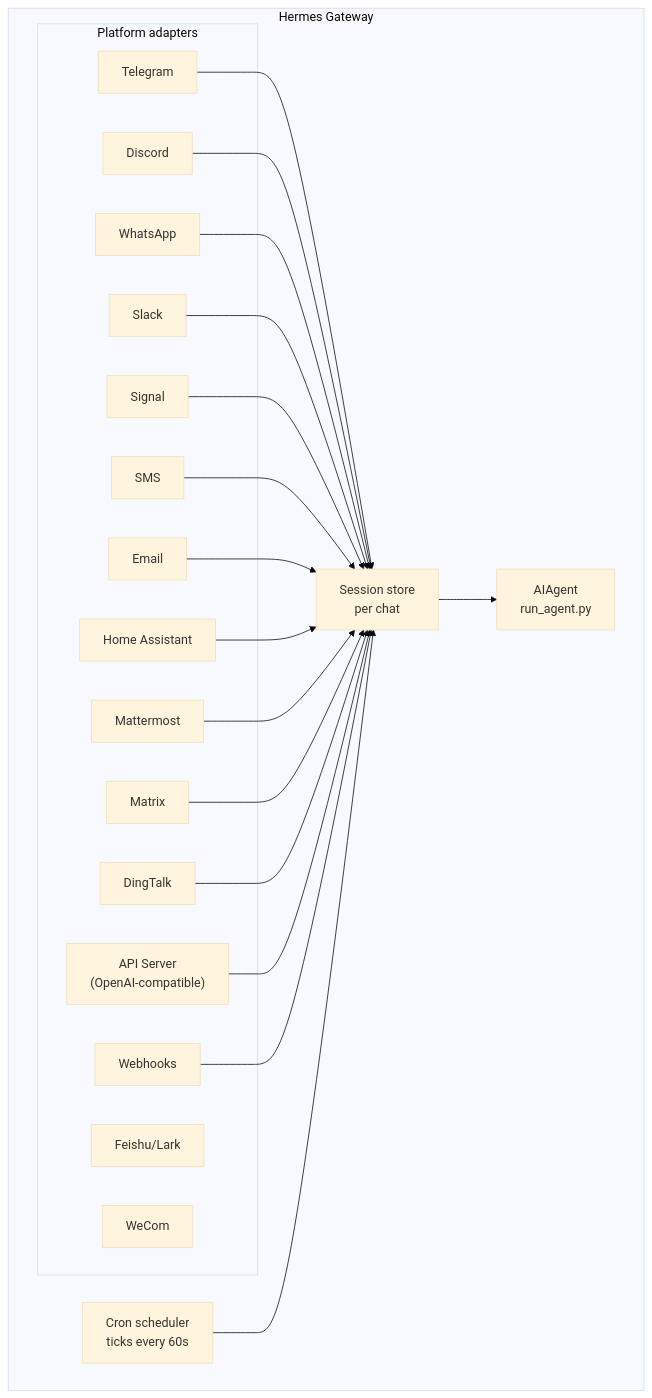
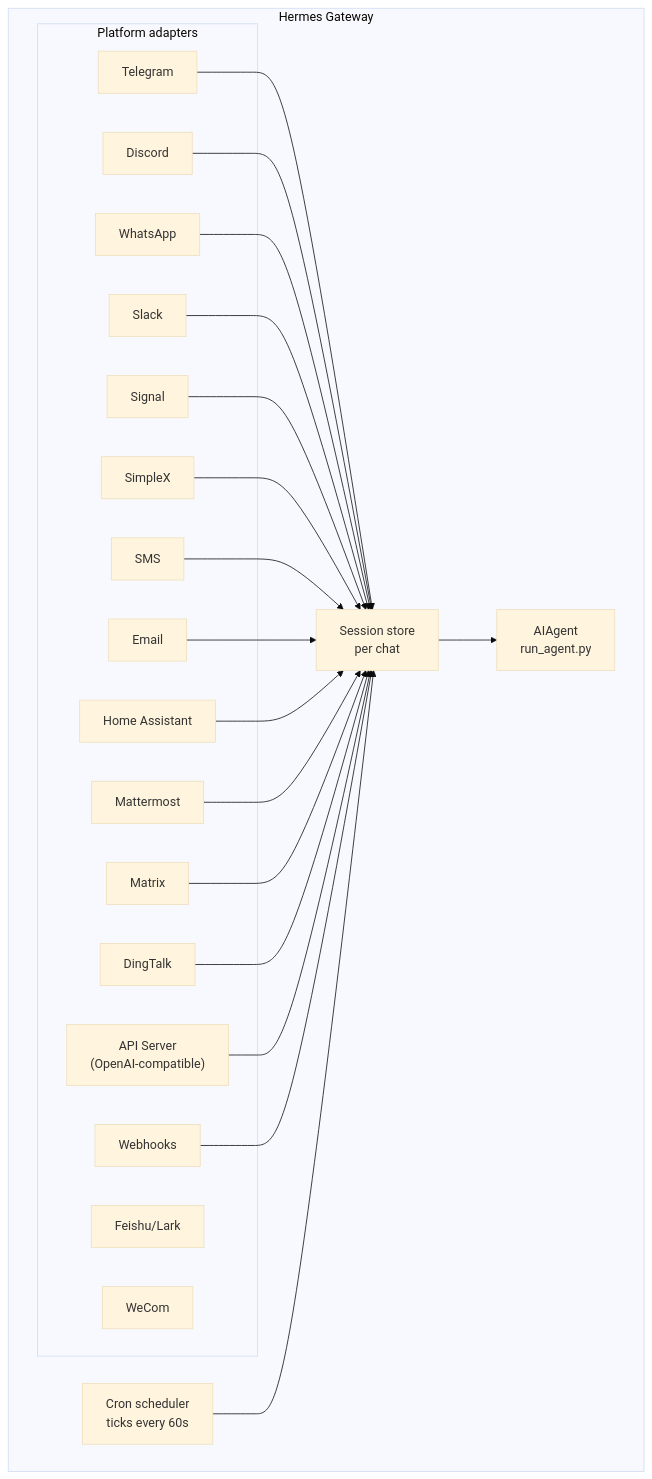
The diagram in website/docs/user-guide/messaging/index.md (enclava-ai/hermes-agent), drawn with Mermaid (base theme) before and after one commit. The commit also changed other lines of this file and 16 other files, not shown here.

````diff
--- a/website/docs/user-guide/messaging/index.md
+++ b/website/docs/user-guide/messaging/index.md
@@ -35,42 +36,44 @@
 ```mermaid
 flowchart TB
     subgraph Gateway["Hermes Gateway"]
         subgraph Adapters["Platform adapters"]
             tg[Telegram]
             dc[Discord]
             wa[WhatsApp]
             sl[Slack]
             sig[Signal]
+            sx[SimpleX]
             sms[SMS]
             em[Email]
             ha[Home Assistant]
             mm[Mattermost]
             mx[Matrix]
             dt[DingTalk]
     fs[Feishu/Lark]
     wc[WeCom]
             api["API Server<br/>(OpenAI-compatible)"]
             wh[Webhooks]
         end
 
         store["Session store<br/>per chat"]
         agent["AIAgent<br/>run_agent.py"]
         cron["Cron scheduler<br/>ticks every 60s"]
     end
 
     tg --> store
     dc --> store
     wa --> store
     sl --> store
     sig --> store
+    sx --> store
     sms --> store
     em --> store
     ha --> store
     mm --> store
     mx --> store
     dt --> store
     api --> store
     wh --> store
     store --> agent
     cron --> store
 ```
````
